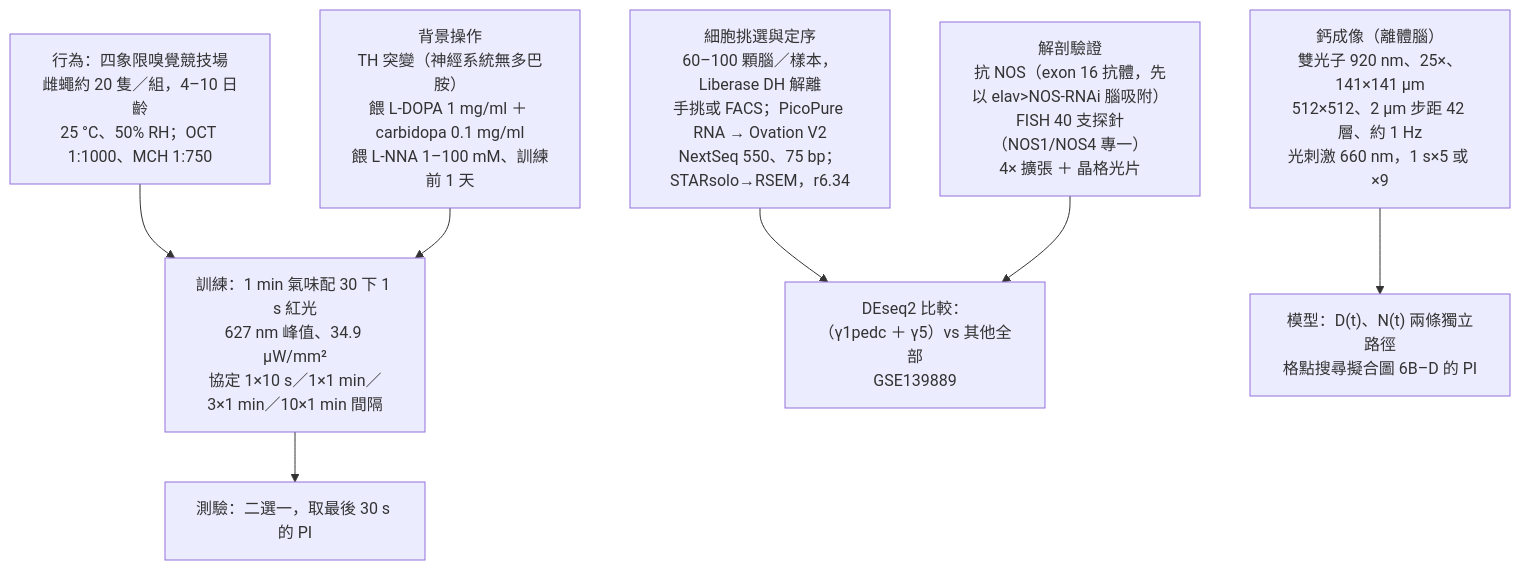
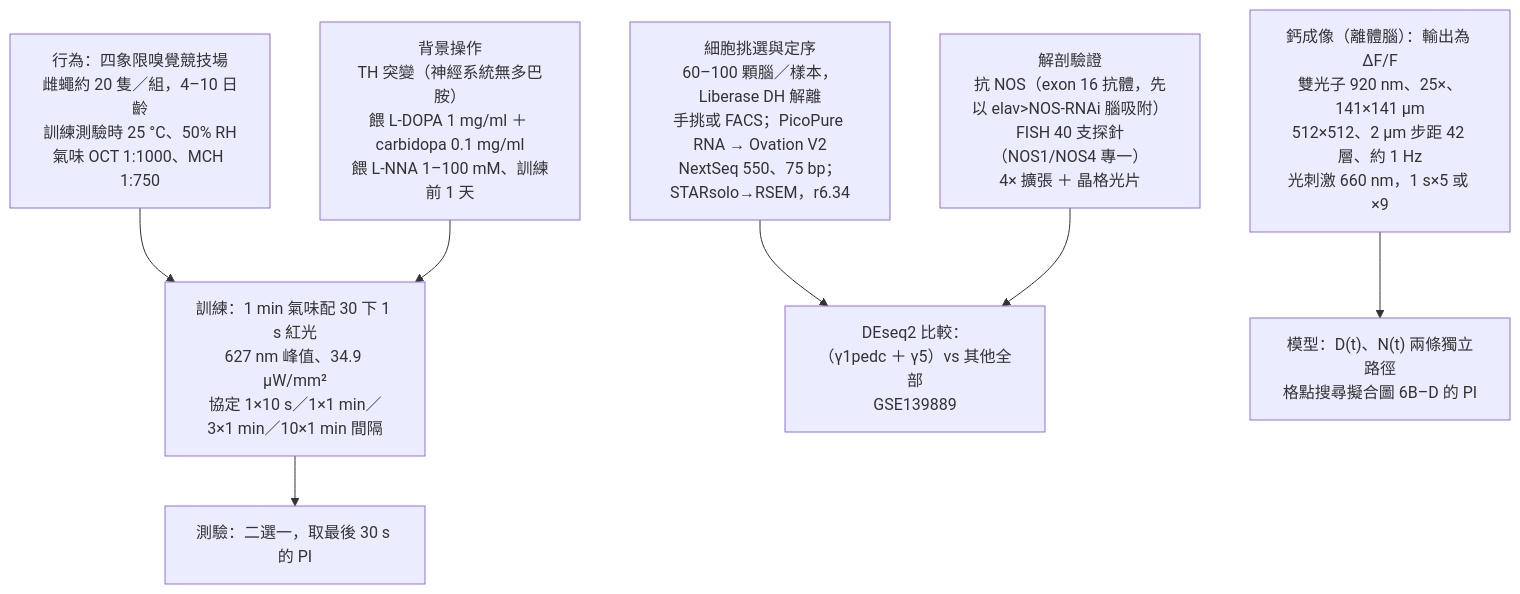
The diagram in wiki/sources/s-aso-2019-nitric-oxide-cotransmitter.md (marginli/mb_wiki), drawn with Mermaid before and after one commit. The commit also changed other lines of this file and 5 other files, not shown here.

````diff
--- a/wiki/sources/s-aso-2019-nitric-oxide-cotransmitter.md
+++ b/wiki/sources/s-aso-2019-nitric-oxide-cotransmitter.md
@@ -142,9 +165,9 @@
 ```mermaid
 flowchart TD
-    A["行為：四象限嗅覺競技場<br/>雌蠅約 20 隻／組，4–10 日齡<br/>25 °C、50% RH；OCT 1:1000、MCH 1:750"] --> B["訓練：1 min 氣味配 30 下 1 s 紅光<br/>627 nm 峰值、34.9 µW/mm²<br/>協定 1×10 s／1×1 min／3×1 min／10×1 min 間隔"]
+    A["行為：四象限嗅覺競技場<br/>雌蠅約 20 隻／組，4–10 日齡<br/>訓練測驗時 25 °C、50% RH<br/>氣味 OCT 1:1000、MCH 1:750"] --> B["訓練：1 min 氣味配 30 下 1 s 紅光<br/>627 nm 峰值、34.9 µW/mm²<br/>協定 1×10 s／1×1 min／3×1 min／10×1 min 間隔"]
     B --> C["測驗：二選一，取最後 30 s 的 PI"]
     D["背景操作<br/>TH 突變（神經系統無多巴胺）<br/>餵 L-DOPA 1 mg/ml ＋ carbidopa 0.1 mg/ml<br/>餵 L-NNA 1–100 mM、訓練前 1 天"] --> B
     E["細胞挑選與定序<br/>60–100 顆腦／樣本，Liberase DH 解離<br/>手挑或 FACS；PicoPure RNA → Ovation V2<br/>NextSeq 550、75 bp；STARsolo→RSEM，r6.34"] --> F["DEseq2 比較：<br/>（γ1pedc ＋ γ5）vs 其他全部<br/>GSE139889"]
     G["解剖驗證<br/>抗 NOS（exon 16 抗體，先以 elav>NOS-RNAi 腦吸附）<br/>FISH 40 支探針（NOS1/NOS4 專一）<br/>4× 擴張 ＋ 晶格光片"] --> F
-    H["鈣成像（離體腦）<br/>雙光子 920 nm、25×、141×141 µm<br/>512×512、2 µm 步距 42 層、約 1 Hz<br/>光刺激 660 nm，1 s×5 或 ×9"] --> I["模型：D(t)、N(t) 兩條獨立路徑<br/>格點搜尋擬合圖 6B–D 的 PI"]
+    H["鈣成像（離體腦）：輸出為 ΔF/F<br/>雙光子 920 nm、25×、141×141 µm<br/>512×512、2 µm 步距 42 層、約 1 Hz<br/>光刺激 660 nm，1 s×5 或 ×9"] --> I["模型：D(t)、N(t) 兩條獨立路徑<br/>格點搜尋擬合圖 6B–D 的 PI"]
 ```
````
